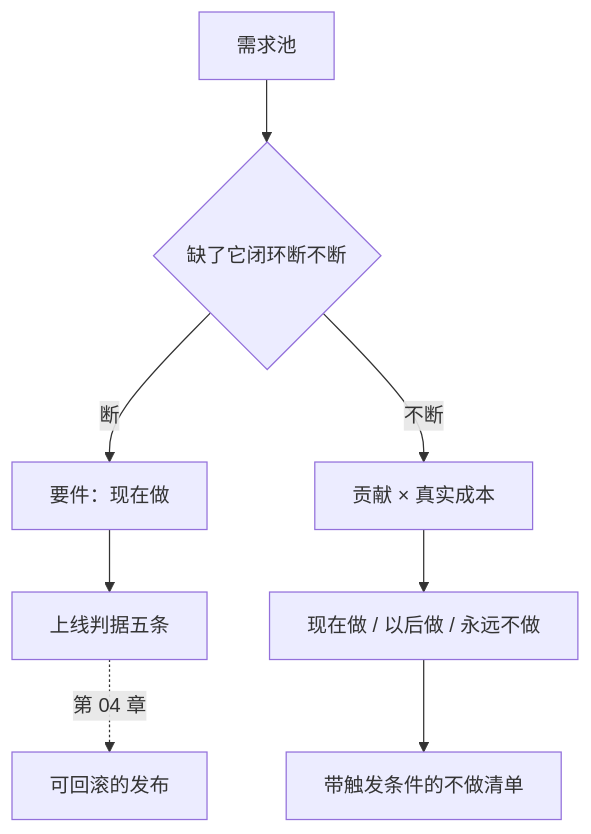
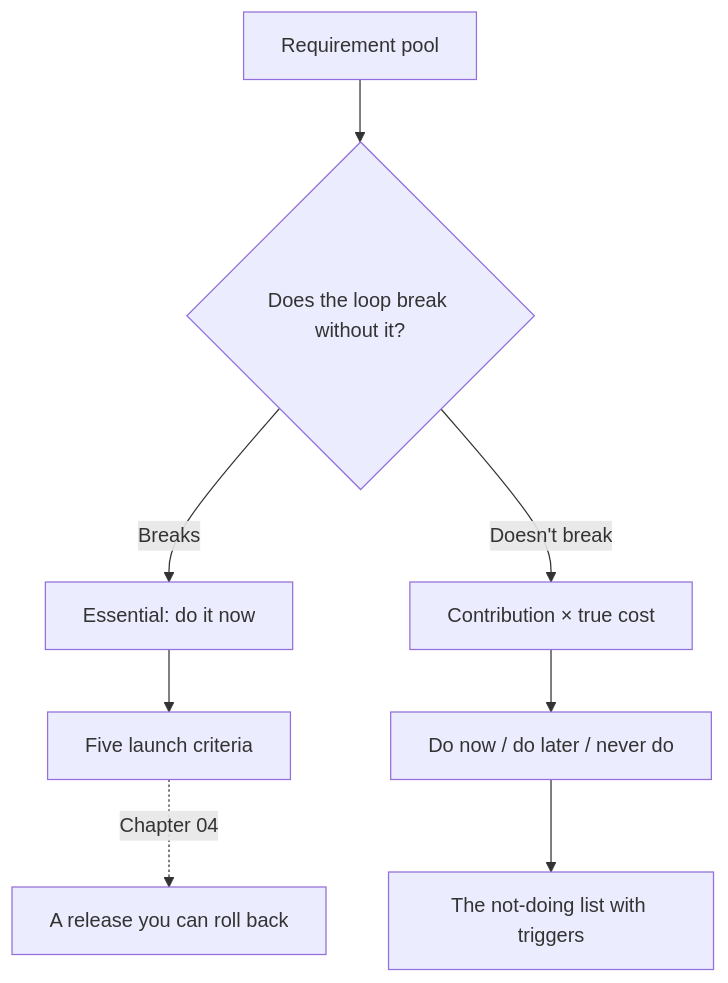
One commit to xzlxiao/vibe-coding-textbook changed the second of 2 diagrams in phase5/chapters/ch03-mvp-scope.md. Above: the diagram before and after it, drawn with Mermaid. The commit also changed other lines of this file and 10 other files, not shown here.

````diff
--- a/phase5/chapters/ch03-mvp-scope.md
+++ b/phase5/chapters/ch03-mvp-scope.md
@@ -218,10 +218,10 @@
 ```mermaid
 flowchart TD
-    A["需求池"] --> B{"缺了它闭环断不断"}
-    B -->|"断"| C["要件：现在做"]
-    B -->|"不断"| D["贡献 × 真实成本"]
-    D --> E["现在做 / 以后做 / 永远不做"]
-    C --> F["上线判据五条"]
-    E --> G["带触发条件的不做清单"]
-    F -.->|"第 04 章"| H["可回滚的发布"]
+    A["Requirement pool"] --> B{"Does the loop break without it?"}
+    B -->|"Breaks"| C["Essential: do it now"]
+    B -->|"Doesn't break"| D["Contribution × true cost"]
+    D --> E["Do now / do later / never do"]
+    C --> F["Five launch criteria"]
+    E --> G["The not-doing list with triggers"]
+    F -.->|"Chapter 04"| H["A release you can roll back"]
 ```
````
